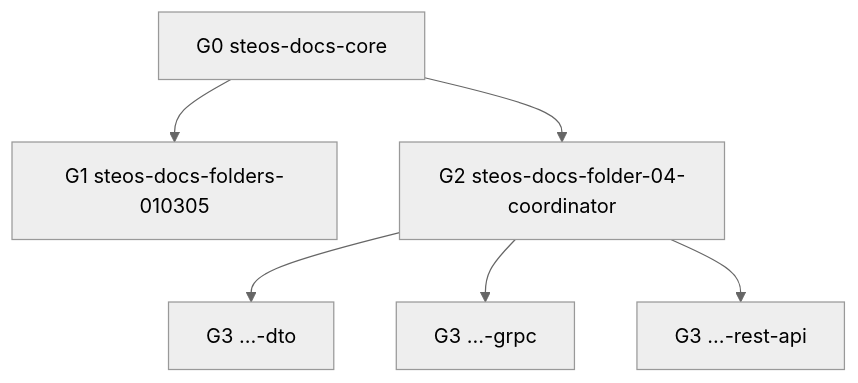
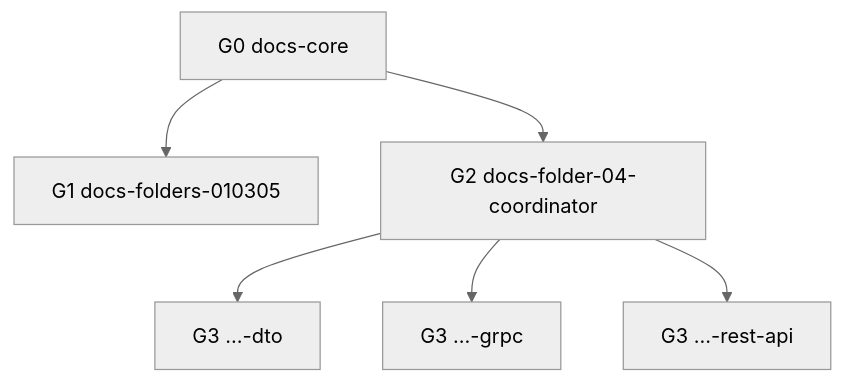
Before and after one commit to Kamil-Zuki/Polyraspad: the diagram in Docs/.cursor/rules/README.md, drawn with Mermaid (neutral theme). The commit also changed other lines of this file and 221 other files, not shown here.

````diff
--- a/Docs/.cursor/rules/README.md
+++ b/Docs/.cursor/rules/README.md
@@ -58,14 +58,14 @@
 ```mermaid
 flowchart TB
-  G0["G0 steos-docs-core"]
-  G1["G1 steos-docs-folders-010305"]
-  G2["G2 steos-docs-folder-04-coordinator"]
+  G0["G0 docs-core"]
+  G1["G1 docs-folders-010305"]
+  G2["G2 docs-folder-04-coordinator"]
   G3dto["G3 …-dto"]
   G3grpc["G3 …-grpc"]
   G3rest["G3 …-rest-api"]
   G0 --> G1
   G0 --> G2
   G2 --> G3dto
   G2 --> G3grpc
   G2 --> G3rest
 ```
````
